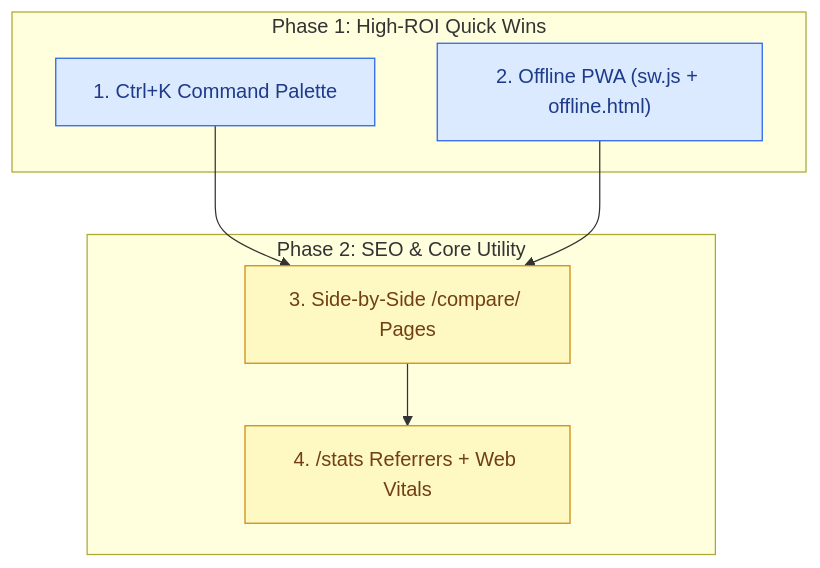
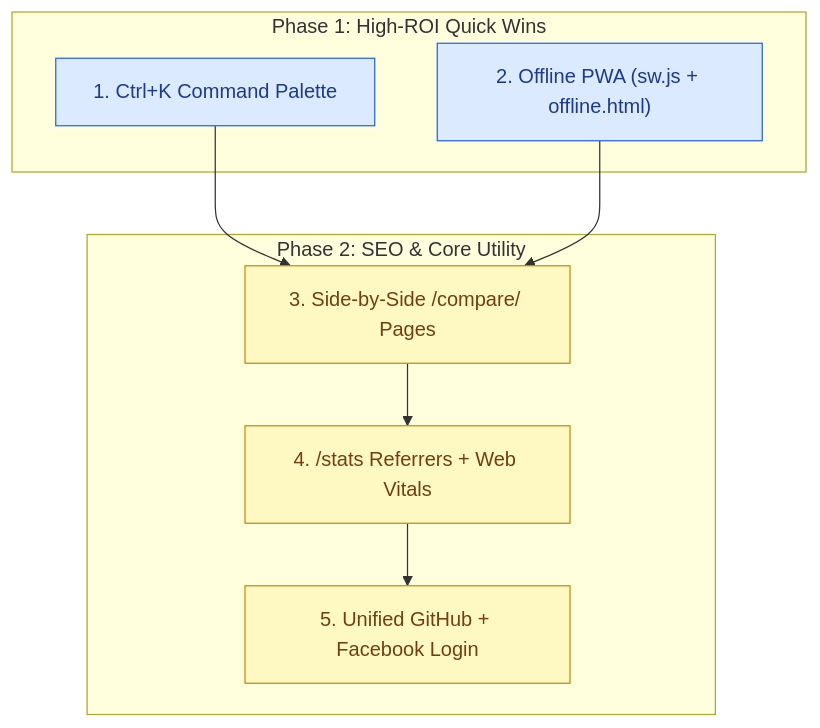
Before and after one commit to E6WeB/htmlstatic: the diagram in suggest.md, drawn with Mermaid. The commit also changed other lines of this file, not shown here.

````diff
--- a/suggest.md
+++ b/suggest.md
@@ -52,19 +60,21 @@
 ```mermaid
 flowchart TD
     classDef phase1 fill:#dbeafe,stroke:#2563eb,color:#1e3a8a
     classDef phase2 fill:#fef9c3,stroke:#ca8a04,color:#713f12
 
     subgraph "Phase 1: High-ROI Quick Wins"
         P1A["1. Ctrl+K Command Palette"]:::phase1
         P1B["2. Offline PWA (sw.js + offline.html)"]:::phase1
     end
 
     subgraph "Phase 2: SEO & Core Utility"
         P2A["3. Side-by-Side /compare/ Pages"]:::phase2
         P2B["4. /stats Referrers + Web Vitals"]:::phase2
+        P2C["5. Unified GitHub + Facebook Login"]:::phase2
     end
 
     P1A --> P2A
     P1B --> P2A
     P2A --> P2B
+    P2B --> P2C
 ```
````
